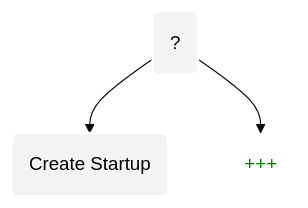
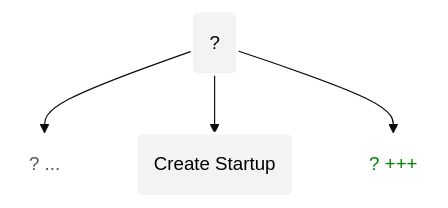
Before and after one commit to root-foundation/root: the third of 3 diagrams in Convergence.md, drawn with Mermaid (base theme). The commit also changed other lines of this file and 1 other file, not shown here.

````diff
--- a/Convergence.md
+++ b/Convergence.md
@@ -140,15 +139,19 @@
 ```mermaid
 flowchart TD
 Root("?")
 Startup("Create Startup")
-New("+++")
+Placeholder("? ...")
+New("? +++")
 
+Root --> Placeholder
 Root --> Startup
 Root --> New
 
 classDef mainNode fill:#f3f3f3,stroke:#ffffff,stroke-width:2px,color:#000;
+classDef placeholder fill:transparent,stroke:transparent,color:#555555;
 classDef new fill:transparent,stroke:transparent,color:green;
 
 class Root,Startup mainNode;
+class Placeholder placeholder;
 class New new;
 ```
````
